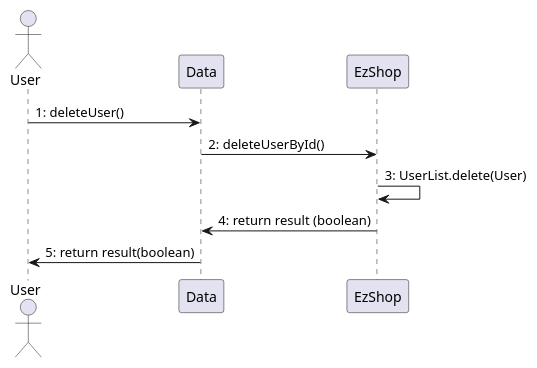
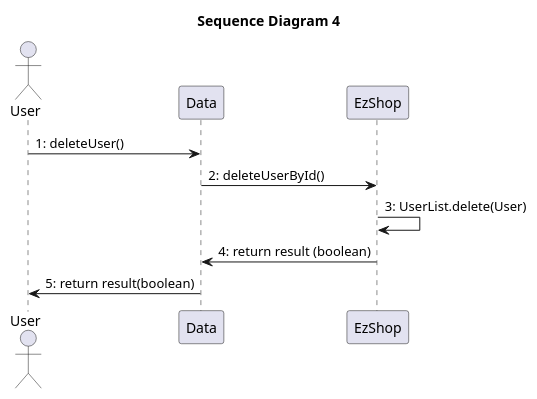
One commit to paolotron/EzshoProject31 changed the sixth of 15 diagrams in Deliverables/DesignDocument.md. Above: the diagram before and after it, drawn with PlantUML. The commit also changed other lines of this file, not shown here.

Commit message:
Updated sequence diagram's titles .md

````diff
--- a/Deliverables/DesignDocument.md
+++ b/Deliverables/DesignDocument.md
@@ -385,13 +388,14 @@
 ``` plantuml
 @startuml
+title "Sequence Diagram 4"
 actor User as U1
 participant Data
 participant EzShop
 
 U1->Data: 1: deleteUser()
 Data->EzShop: 2: deleteUserById()
 EzShop->EzShop: 3: UserList.delete(User)
 EzShop->Data: 4: return result (boolean)
 Data->U1: 5: return result(boolean)
 @enduml
 ```
````
